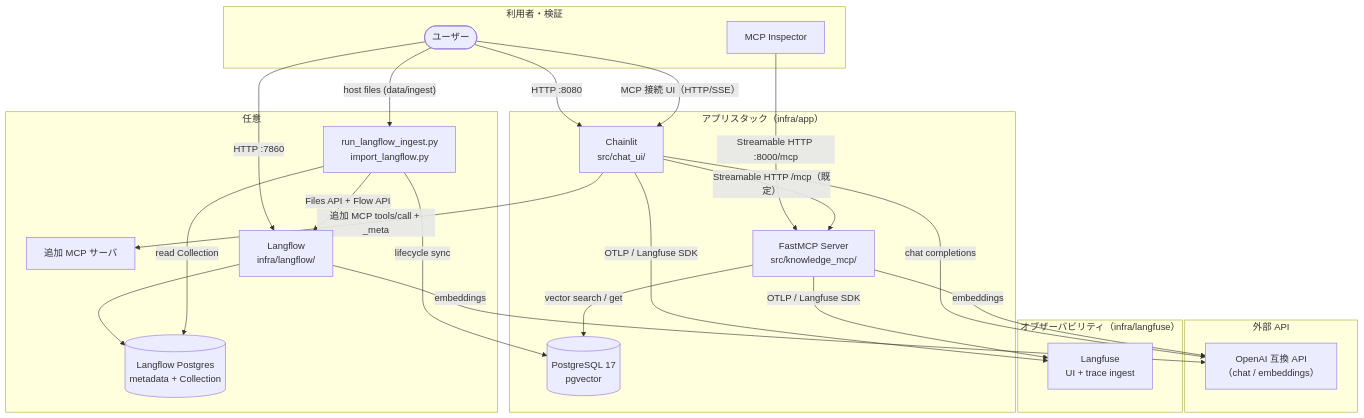
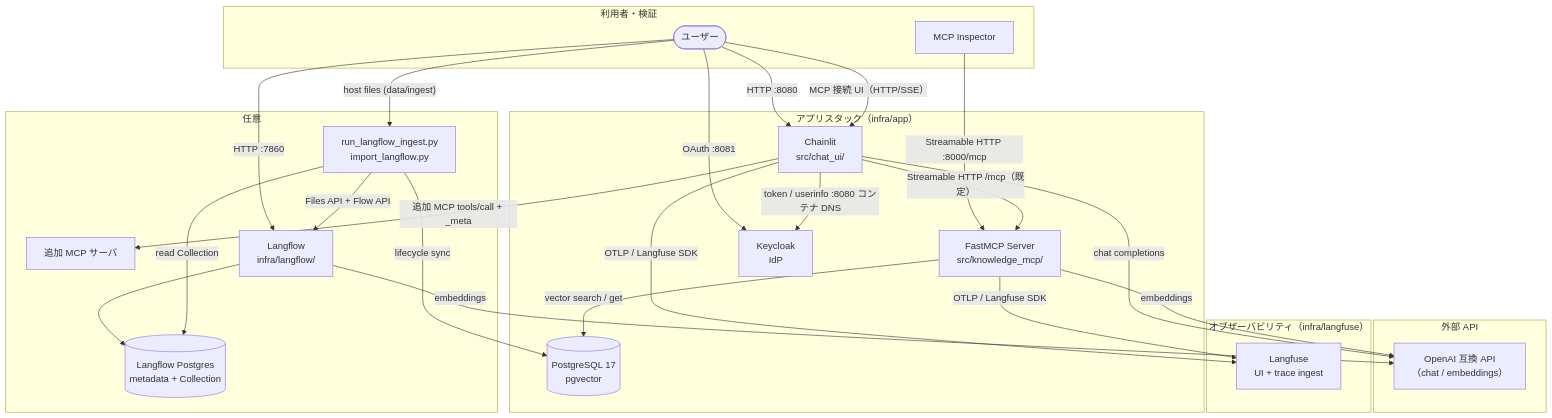
Before and after one commit to s-kodani/template-ai-coding: the first of 2 diagrams in docs/current/architecture.md, drawn with Mermaid. The commit also changed other lines of this file and 18 other files, not shown here.

First line of the commit message:
feat: Keycloak を導入し Chainlit を OAuth 対応にする (#40)

````diff
--- a/docs/current/architecture.md
+++ b/docs/current/architecture.md
@@ -24,46 +28,49 @@
 ```mermaid
 flowchart TB
     subgraph users["利用者・検証"]
         User([ユーザー])
         Inspector[MCP Inspector]
     end
 
     subgraph app["アプリスタック（infra/app）"]
         Chainlit["Chainlit<br/>src/chat_ui/"]
         MCP["FastMCP Server<br/>src/knowledge_mcp/"]
         PG[("PostgreSQL 17<br/>pgvector")]
+        Keycloak["Keycloak<br/>IdP"]
     end
 
     subgraph external["外部 API"]
         LLM["OpenAI 互換 API<br/>（chat / embeddings）"]
     end
 
     subgraph observability["オブザーバビリティ（infra/langfuse）"]
         Langfuse["Langfuse<br/>UI + trace ingest"]
     end
 
     subgraph optional["任意"]
         ExtraMCP[追加 MCP サーバ]
         Langflow["Langflow<br/>infra/langflow/"]
         LFPG[("Langflow Postgres<br/>metadata + Collection")]
         Adapter["run_langflow_ingest.py\nimport_langflow.py"]
     end
 
     User -->|HTTP :8080| Chainlit
+    User -->|OAuth :8081| Keycloak
+    Chainlit -->|token / userinfo :8080 コンテナ DNS| Keycloak
     User -->|HTTP :7860| Langflow
     User -->|"host files (data/ingest)"| Adapter
     Adapter -->|"Files API + Flow API"| Langflow
     Langflow --> LFPG
     Langflow -->|embeddings| LLM
     Adapter -->|read Collection| LFPG
     Adapter -->|lifecycle sync| PG
     User -->|"MCP 接続 UI（HTTP/SSE）"| Chainlit
     Inspector -->|"Streamable HTTP :8000/mcp"| MCP
     Chainlit -->|"Streamable HTTP /mcp（既定）"| MCP
     Chainlit -->|追加 MCP tools/call + _meta| ExtraMCP
     Chainlit -->|chat completions| LLM
     MCP -->|vector search / get| PG
     MCP -->|embeddings| LLM
     Chainlit -->|OTLP / Langfuse SDK| Langfuse
     MCP -->|OTLP / Langfuse SDK| Langfuse
 ```
````
